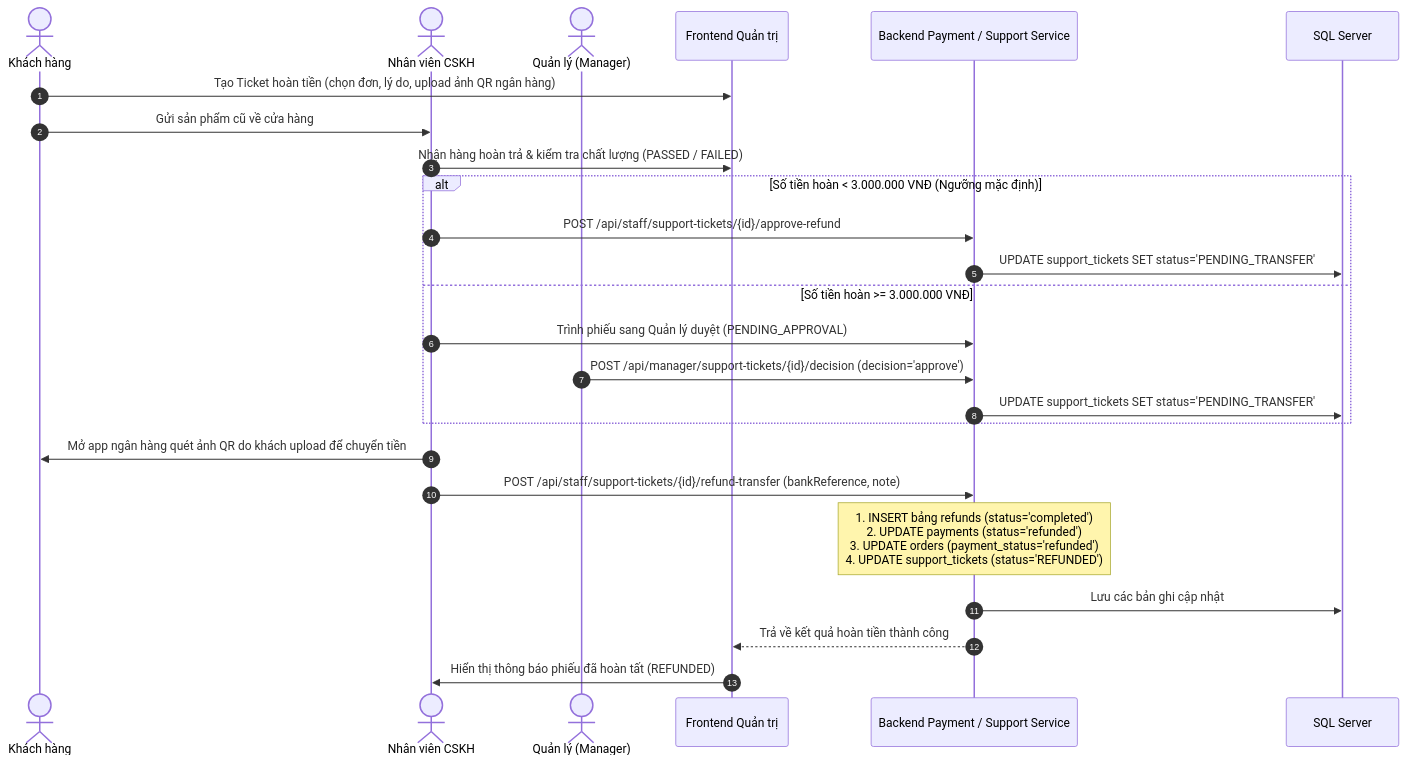
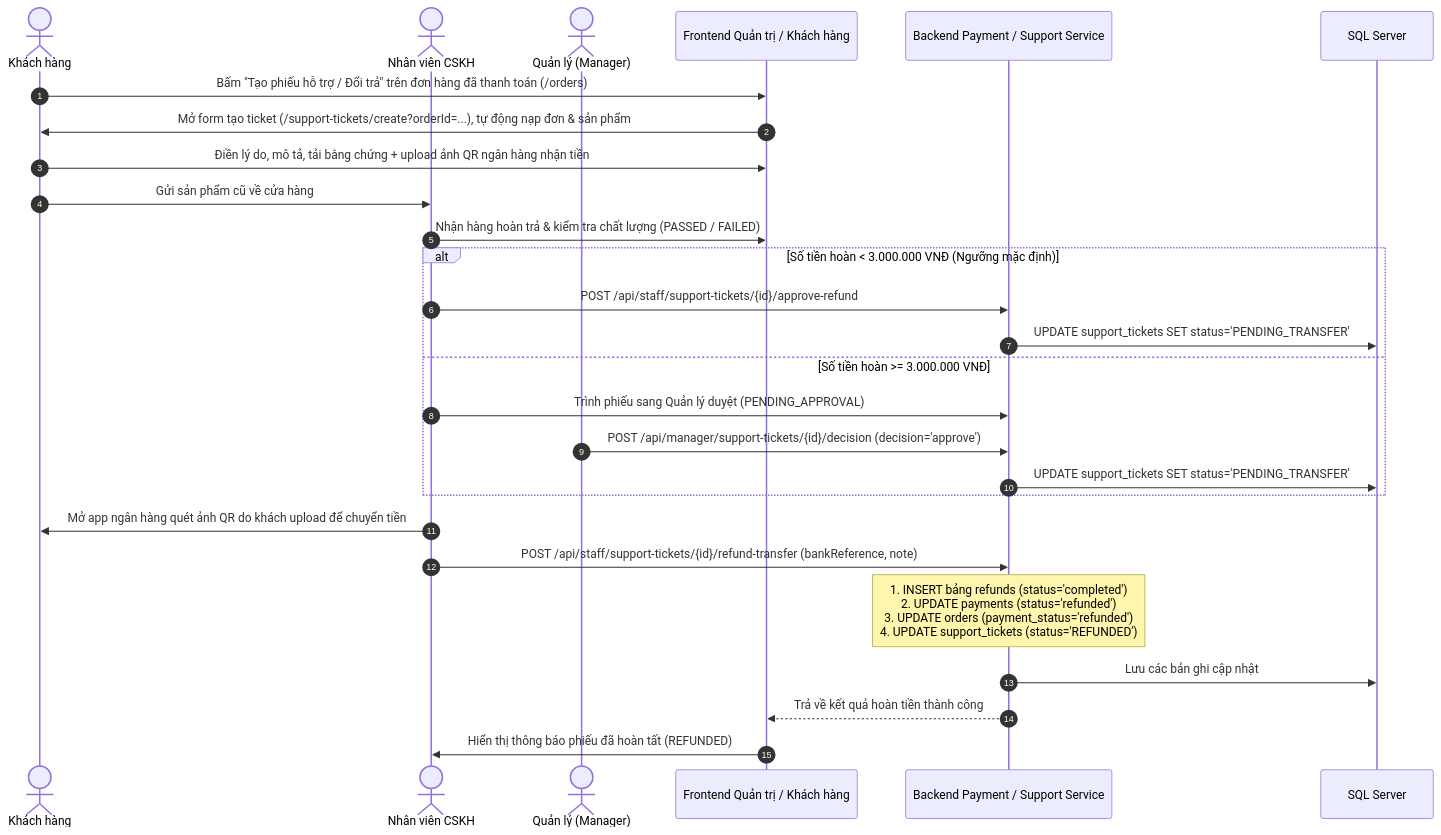
Before and after one commit to Tommy217/SBA301_BadmintonShop_SE1986-JV: the second of 2 diagrams in documents/module/payment/flow.md, drawn with Mermaid. The commit also changed other lines of this file and 3 other files, not shown here.

````diff
--- a/documents/module/payment/flow.md
+++ b/documents/module/payment/flow.md
@@ -62,30 +77,32 @@
 ```mermaid
 sequenceDiagram
     autonumber
     actor Customer as Khách hàng
     actor Staff as Nhân viên CSKH
     actor Manager as Quản lý (Manager)
-    participant FE as Frontend Quản trị
+    participant FE as Frontend Quản trị / Khách hàng
     participant BE as Backend Payment / Support Service
     participant DB as SQL Server
 
-    Customer->>FE: Tạo Ticket hoàn tiền (chọn đơn, lý do, upload ảnh QR ngân hàng)
+    Customer->>FE: Bấm "Tạo phiếu hỗ trợ / Đổi trả" trên đơn hàng đã thanh toán (/orders)
+    FE->>Customer: Mở form tạo ticket (/support-tickets/create?orderId=...), tự động nạp đơn & sản phẩm
+    Customer->>FE: Điền lý do, mô tả, tải bằng chứng + upload ảnh QR ngân hàng nhận tiền
     Customer->>Staff: Gửi sản phẩm cũ về cửa hàng
     Staff->>FE: Nhận hàng hoàn trả & kiểm tra chất lượng (PASSED / FAILED)
 
     alt Số tiền hoàn < 3.000.000 VNĐ (Ngưỡng mặc định)
         Staff->>BE: POST /api/staff/support-tickets/{id}/approve-refund
         BE->>DB: UPDATE support_tickets SET status='PENDING_TRANSFER'
     else Số tiền hoàn >= 3.000.000 VNĐ
         Staff->>BE: Trình phiếu sang Quản lý duyệt (PENDING_APPROVAL)
         Manager->>BE: POST /api/manager/support-tickets/{id}/decision (decision='approve')
         BE->>DB: UPDATE support_tickets SET status='PENDING_TRANSFER'
     end
 
     Staff->>Customer: Mở app ngân hàng quét ảnh QR do khách upload để chuyển tiền
     Staff->>BE: POST /api/staff/support-tickets/{id}/refund-transfer (bankReference, note)
     Note over BE: 1. INSERT bảng refunds (status='completed')<br/>2. UPDATE payments (status='refunded')<br/>3. UPDATE orders (payment_status='refunded')<br/>4. UPDATE support_tickets (status='REFUNDED')
     BE->>DB: Lưu các bản ghi cập nhật
     BE-->>FE: Trả về kết quả hoàn tiền thành công
     FE->>Staff: Hiển thị thông báo phiếu đã hoàn tất (REFUNDED)
 ```
````
